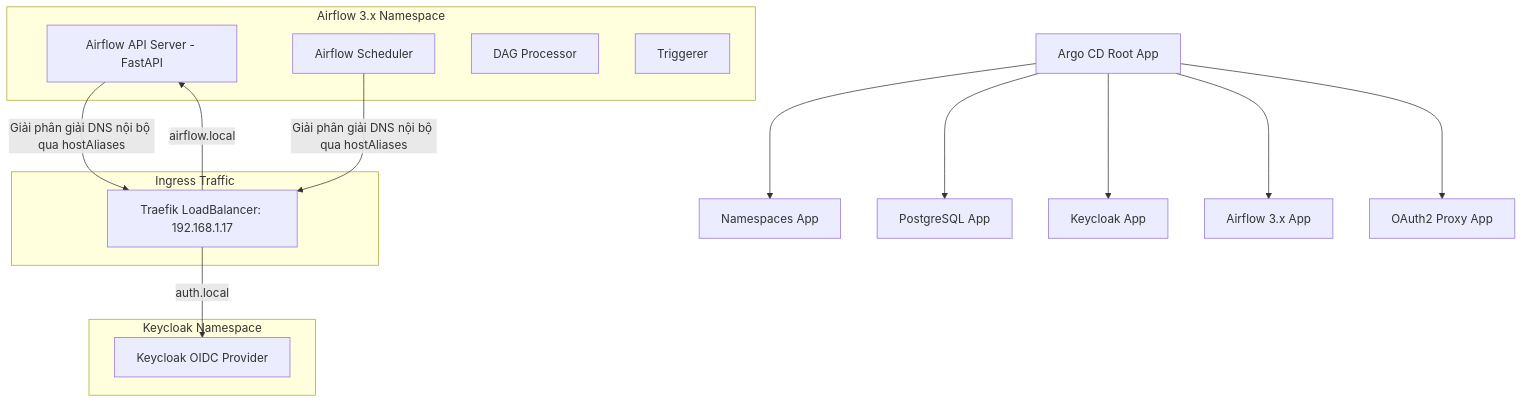
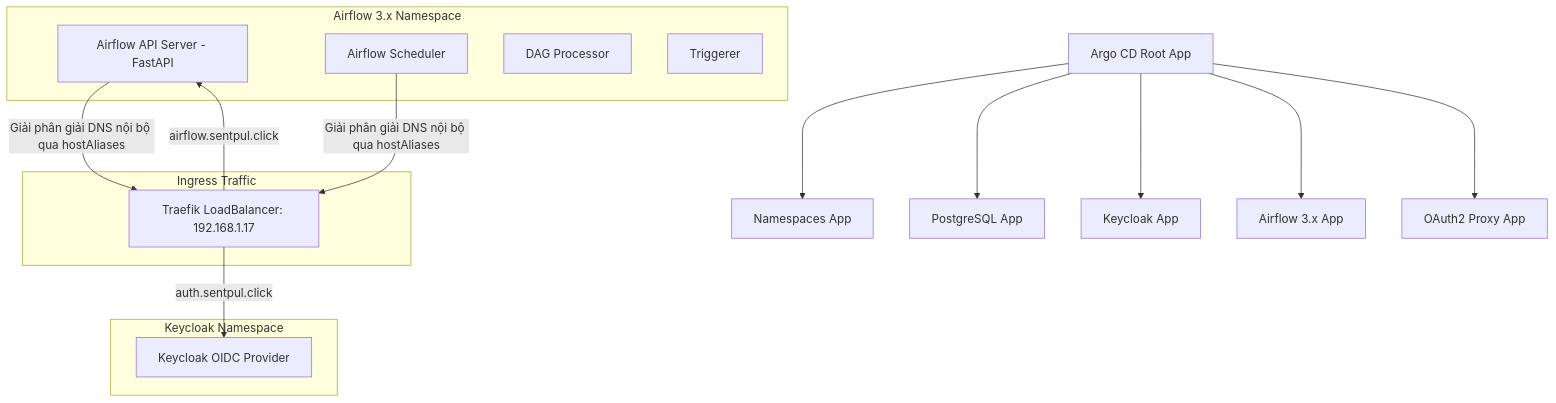
Before and after one commit to khaidao2/sentiment_pulse: the diagram in README.md, drawn with Mermaid. The commit also changed other lines of this file and 7 other files, not shown here.

Commit message:
chore: change domain from .local to .sentpul.click

````diff
--- a/README.md
+++ b/README.md
@@ -11,28 +11,28 @@
 ```mermaid
 graph TD
     Root[Argo CD Root App] --> AppNS[Namespaces App]
     Root --> AppDB[PostgreSQL App]
     Root --> AppKC[Keycloak App]
     Root --> AppAirflow[Airflow 3.x App]
     Root --> AppOAuth[OAuth2 Proxy App]
     
     subgraph Airflow 3.x Namespace
         API[Airflow API Server - FastAPI]
         SCH[Airflow Scheduler]
         DP[DAG Processor]
         TR[Triggerer]
     end
 
     subgraph Keycloak Namespace
         KC[Keycloak OIDC Provider]
     end
 
     subgraph Ingress Traffic
         Traefik[Traefik LoadBalancer: 192.168.1.17]
-        Traefik -- "auth.local" --> KC
-        Traefik -- "airflow.local" --> API
+        Traefik -- "auth.sentpul.click" --> KC
+        Traefik -- "airflow.sentpul.click" --> API
     end
 
     API -- "Giải phân giải DNS nội bộ qua hostAliases" --> Traefik
     SCH -- "Giải phân giải DNS nội bộ qua hostAliases" --> Traefik
 ```
````
